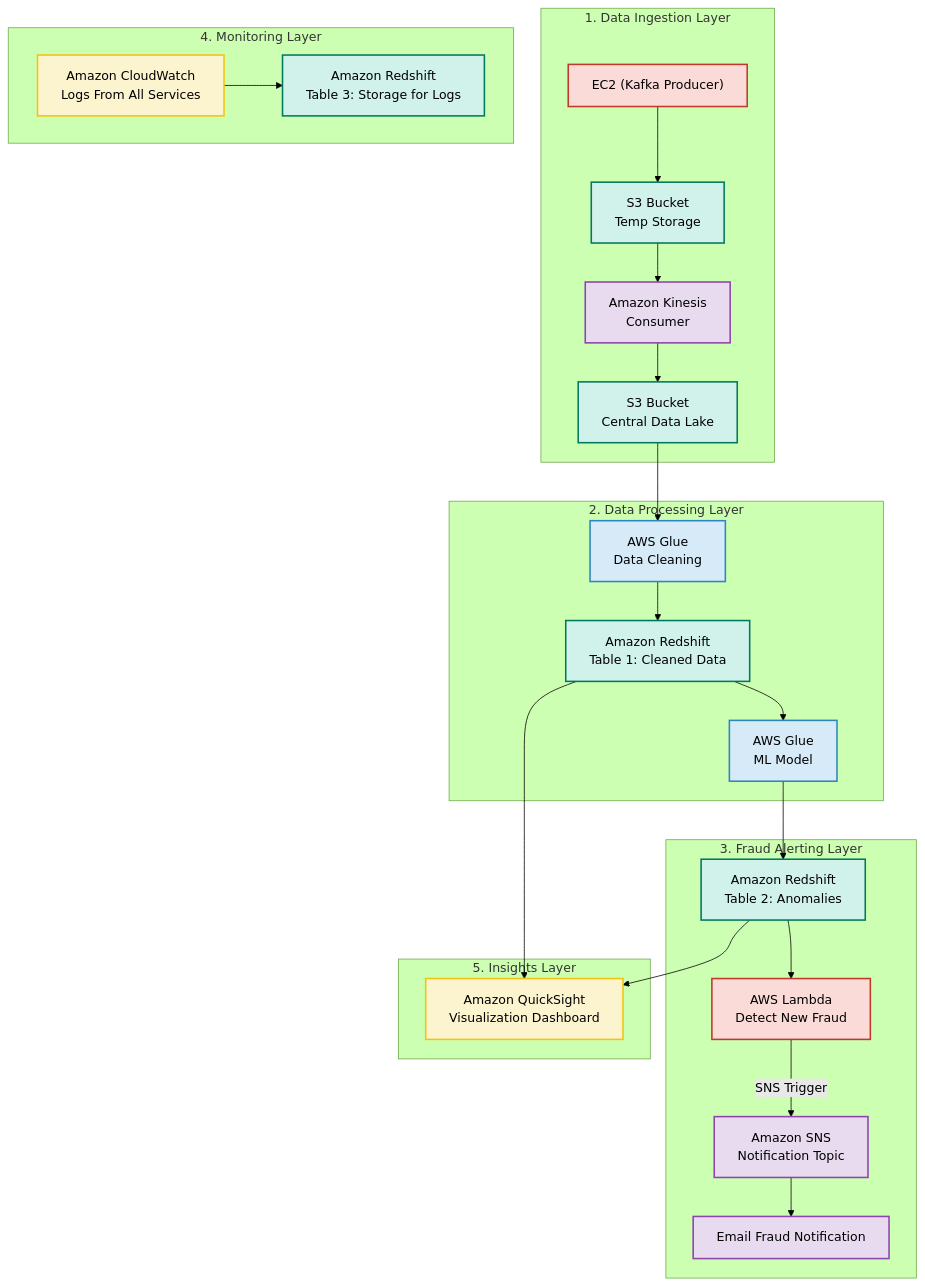
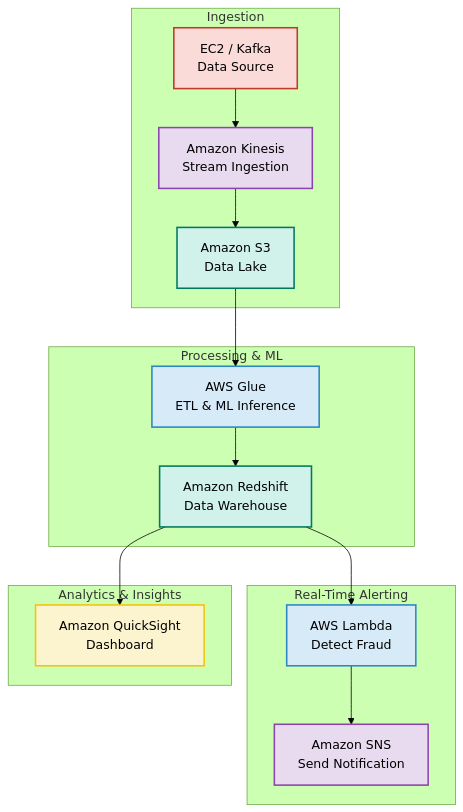
Before and after one commit to Fraud-Detection-ITI-Project/Fraud-Detection-ITI-Graduation-Project: the diagram in README.md, drawn with Mermaid (forest theme). The commit also changed other lines of this file, not shown here.

````diff
--- a/README.md
+++ b/README.md
@@ -44,55 +44,37 @@
 ```mermaid
 graph TD
-
-    subgraph "1. Data Ingestion Layer"
-        A1["EC2 (Kafka Producer)"]
-        A2["S3 Bucket<br/>Temp Storage"]
-        A3["Amazon Kinesis<br/>Consumer"]
-        A4["S3 Bucket<br/>Central Data Lake"]
-        A1 --> A2 --> A3 --> A4
+    subgraph "Ingestion"
+        A[EC2 / Kafka<br/>Data Source] --> B[Amazon Kinesis<br/>Stream Ingestion]
+        B --> C[Amazon S3<br/>Data Lake]
     end
 
-    subgraph "2. Data Processing Layer"
-        B1["AWS Glue<br/>Data Cleaning"]
-        B2["Amazon Redshift<br/>Table 1: Cleaned Data"]
-        B3["AWS Glue<br/>ML Model"]
-        B1 --> B2 --> B3
+    subgraph "Processing & ML"
+        D[AWS Glue<br/>ETL & ML Inference] --> E[Amazon Redshift<br/>Data Warehouse]
     end
 
-    subgraph "3. Fraud Alerting Layer"
-        C1["Amazon Redshift<br/>Table 2: Anomalies"]
-        C2["AWS Lambda<br/>Detect New Fraud"]
-        C3["Amazon SNS<br/>Notification Topic"]
-        C4["Email Fraud Notification"]
-        C1 --> C2 -- SNS Trigger --> C3 --> C4
+    subgraph "Real-Time Alerting"
+        F[AWS Lambda<br/>Detect Fraud] --> G[Amazon SNS<br/>Send Notification]
+    end
+    
+    subgraph "Analytics & Insights"
+        H[Amazon QuickSight<br/>Dashboard]
     end
 
-    subgraph "4. Monitoring Layer"
-        D1["Amazon CloudWatch<br/>Logs From All Services"]
-        D2["Amazon Redshift<br/>Table 3: Storage for Logs"]
-        D1 --> D2
-    end
-
-    subgraph "5. Insights Layer"
-        E1["Amazon QuickSight<br/>Visualization Dashboard"]
-    end
-
-    %% --- Inter-Layer Connections ---
-    A4 --> B1
-    B3 --> C1
-    B2 --> E1
-    C1 --> E1
+    %% --- Connections ---
+    C --> D
+    E --> F
+    E --> H
 
     %% --- Styling ---
+    classDef source fill:#FADBD8,stroke:#C0392B,stroke-width:2px;
+    classDef streaming fill:#E8DAEF,stroke:#8E44AD,stroke-width:2px;
     classDef storage fill:#D1F2EB,stroke:#007A5E,stroke-width:2px;
-    classDef compute fill:#FADBD8,stroke:#C0392B,stroke-width:2px;
-    classDef serverless fill:#D6EAF8,stroke:#2E86C1,stroke-width:2px;
+    classDef processing fill:#D6EAF8,stroke:#2E86C1,stroke-width:2px;
     classDef analytics fill:#FCF3CF,stroke:#F1C40F,stroke-width:2px;
-    classDef messaging fill:#E8DAEF,stroke:#8E44AD,stroke-width:2px;
 
-    class A1,C2 compute;
-    class A2,A4,B2,C1,D2 storage;
-    class B1,B3 serverless;
-    class A3,C3,C4 messaging;
-    class D1,E1 analytics;
+    class A source;
+    class B,G streaming;
+    class C,E storage;
+    class D,F processing;
+    class H analytics;
 ```
````
